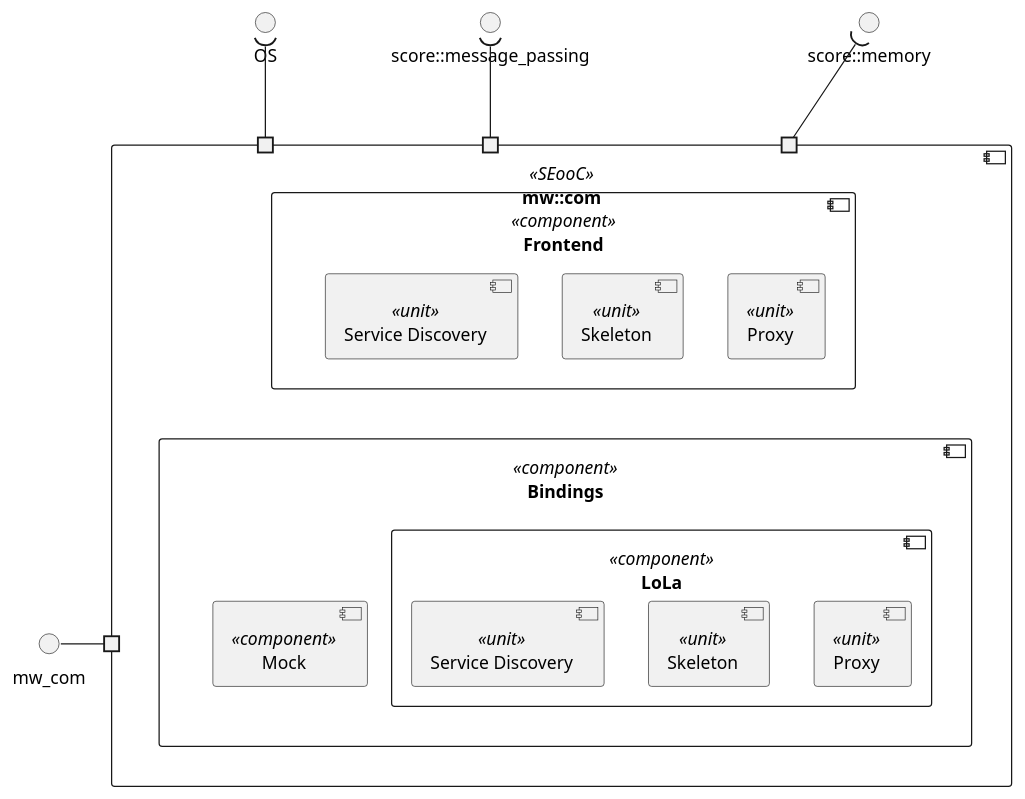
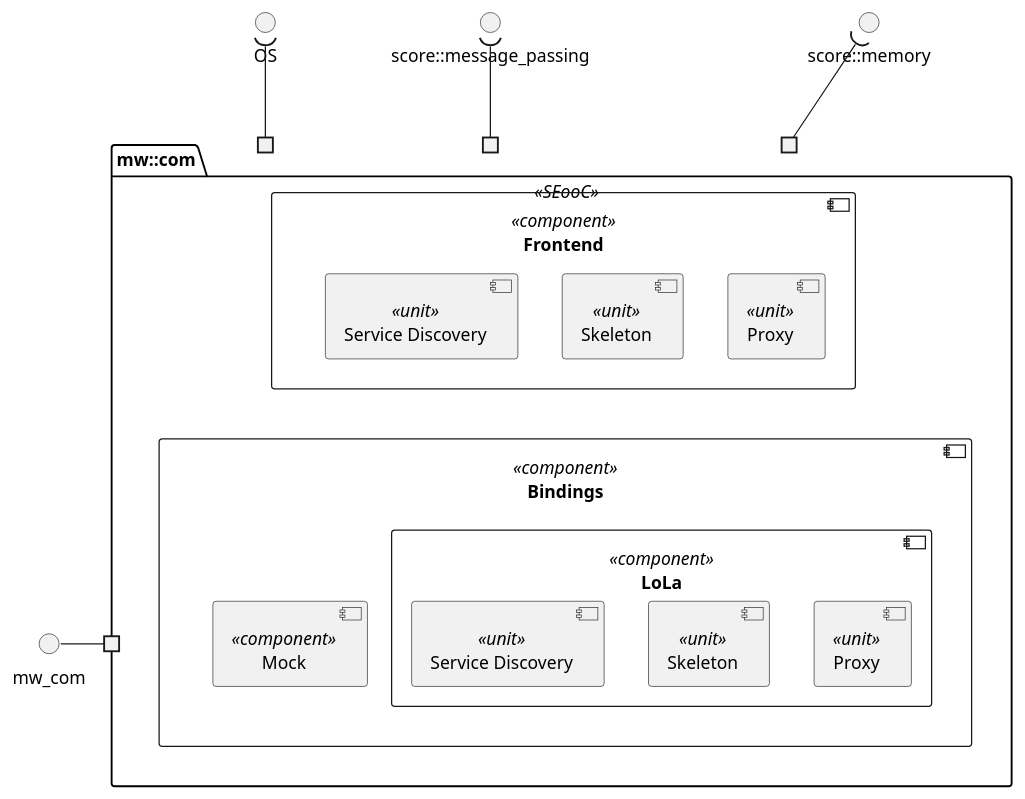
Before and after one commit to Rahul-Sutariya/communication: the diagram in score/mw/com/dependability/software_architectural_design/static_view.puml, drawn with PlantUML. The commit also changed 6 other files, not shown here.

```diff
--- a/score/mw/com/dependability/software_architectural_design/static_view.puml
+++ b/score/mw/com/dependability/software_architectural_design/static_view.puml
@@ -13,49 +13,50 @@
 @startuml static_design
 
 interface "mw_com" as mw_com_public_api
 
-component "mw::com" as mw_com <<SEooC>> {
+' @todo: Support in parser that this is a component!
+package "mw::com" as mw_com <<SEooC>> {
 
-    component "Frontend" as frontend <<component>> {
+    component "Frontend" as frontend_component <<component>> {
         component "Proxy" as frontend_proxy <<unit>>
         component "Skeleton" as frontend_skeleton <<unit>>
         component "Service Discovery" as frontend_sd <<unit>>
     }
 
     component "Bindings" as bindings <<component>> {
-        component "LoLa" as lola <<component>> {
+        component "LoLa" as lola_component <<component>> {
             component "Proxy" as lola_proxy <<unit>>
             component "Skeleton" as lola_skeleton <<unit>>
             component "Service Discovery" as lola_sd <<unit>>
         }
-        component "Mock" as mock_binding <<component>> {
+        component "Mock" as mock_component <<component>> {
         }
     }
 
     portin " " as p1
     portin " " as p2
     portin " " as p3
 
     portout " " as public_api
 }
 
 together {
     interface "score::memory" as memory
     interface "score::message_passing" as message_passing
     interface "OS" as os
 }
 
 p1 -u-( memory
 p2 -u-( message_passing
 p3 -u-( os
 
 public_api -left-() mw_com_public_api
 
 
 ' ------------------------ Formatting -------------------
 
 memory -[hidden]down- lola_sd
 frontend_proxy -[hidden]left- frontend_skeleton
 frontend_skeleton -[hidden]left- frontend_sd
-frontend -[hidden]down- bindings
+frontend_component -[hidden]down- bindings
 @enduml
```
